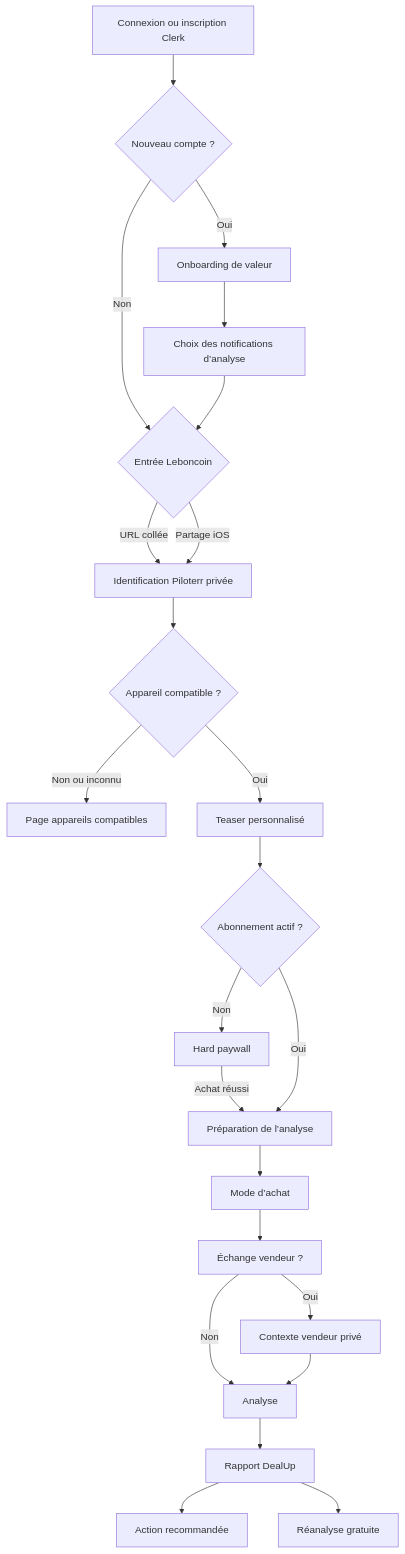
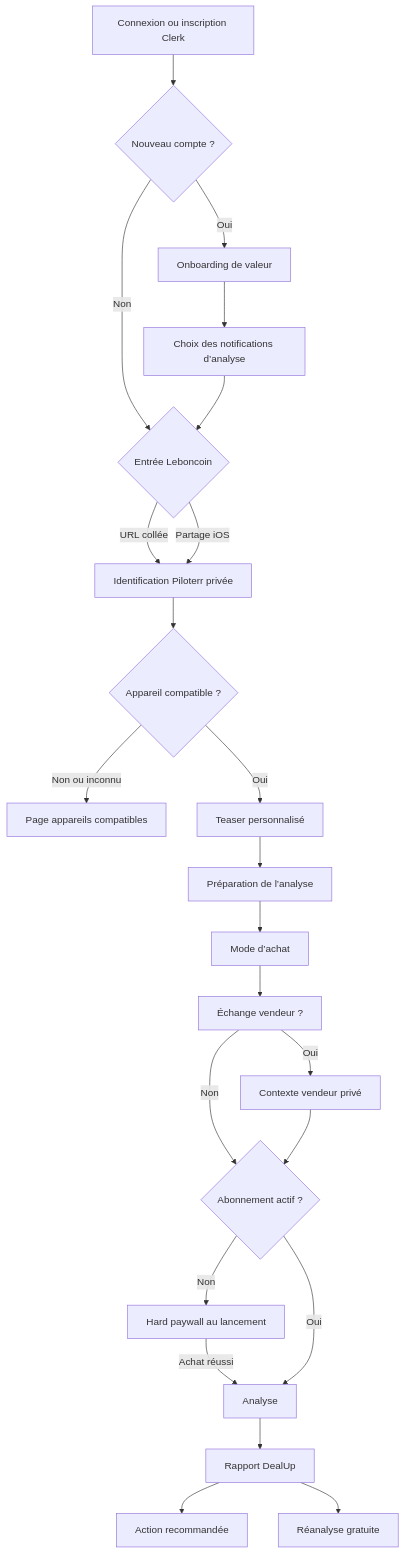
One commit to Zinoug/dealup changed the first of 2 diagrams in docs/product/product.md. Above: the diagram before and after it, drawn with Mermaid. The commit also changed other lines of this file and 35 other files, not shown here.

````diff
--- a/docs/product/product.md
+++ b/docs/product/product.md
@@ -52,25 +52,25 @@
 ```mermaid
 flowchart TD
     A["Connexion ou inscription Clerk"] --> B{"Nouveau compte ?"}
     B -->|"Oui"| C["Onboarding de valeur"]
     B -->|"Non"| D{"Entrée Leboncoin"}
     C --> E["Choix des notifications d’analyse"]
     E --> D
     D -->|"URL collée"| F["Identification Piloterr privée"]
     D -->|"Partage iOS"| F
     F --> G{"Appareil compatible ?"}
     G -->|"Non ou inconnu"| H["Page appareils compatibles"]
     G -->|"Oui"| I["Teaser personnalisé"]
-    I --> J{"Abonnement actif ?"}
-    J -->|"Non"| K["Hard paywall"]
-    K -->|"Achat réussi"| L["Préparation de l’analyse"]
-    J -->|"Oui"| L
+    I --> L["Préparation de l’analyse"]
     L --> M["Mode d’achat"]
     M --> N["Échange vendeur ?"]
     N -->|"Oui"| O["Contexte vendeur privé"]
-    N -->|"Non"| P["Analyse"]
-    O --> P
+    N -->|"Non"| J{"Abonnement actif ?"}
+    O --> J
+    J -->|"Non"| K["Hard paywall au lancement"]
+    K -->|"Achat réussi"| P["Analyse"]
+    J -->|"Oui"| P
     P --> Q["Rapport DealUp"]
     Q --> R["Action recommandée"]
     Q --> S["Réanalyse gratuite"]
 ```
````
